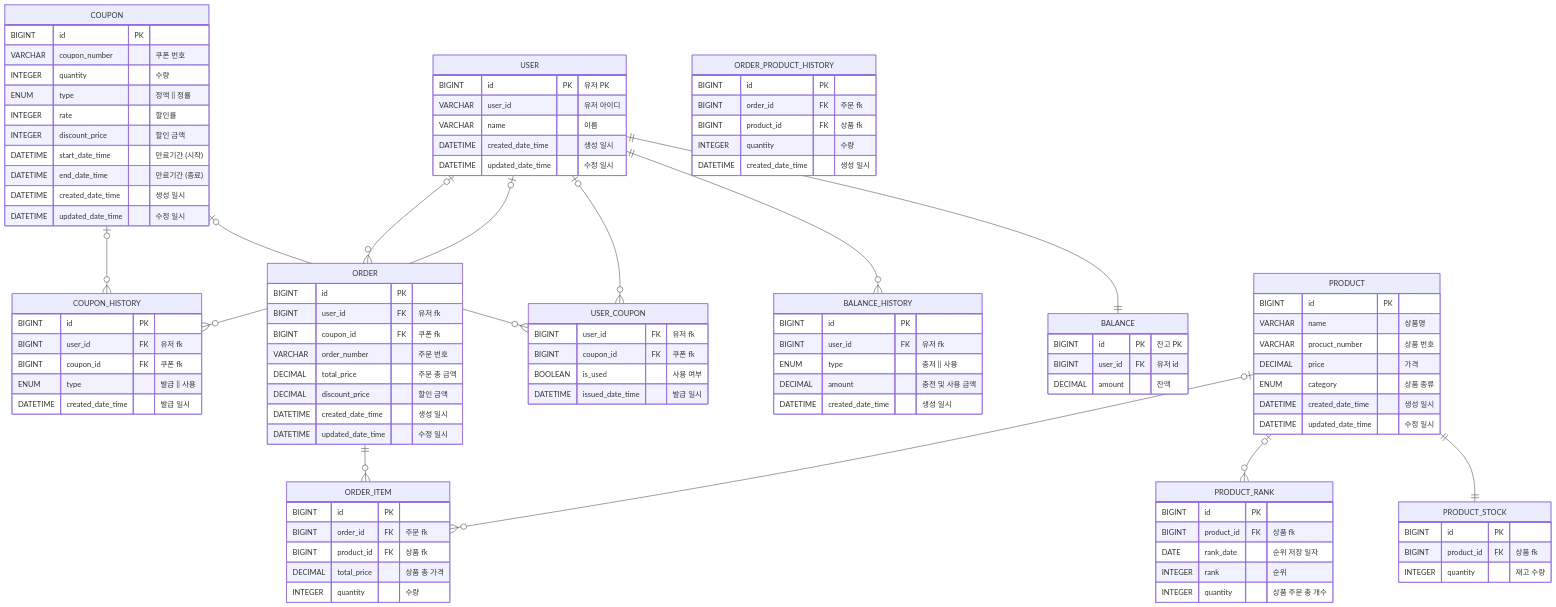
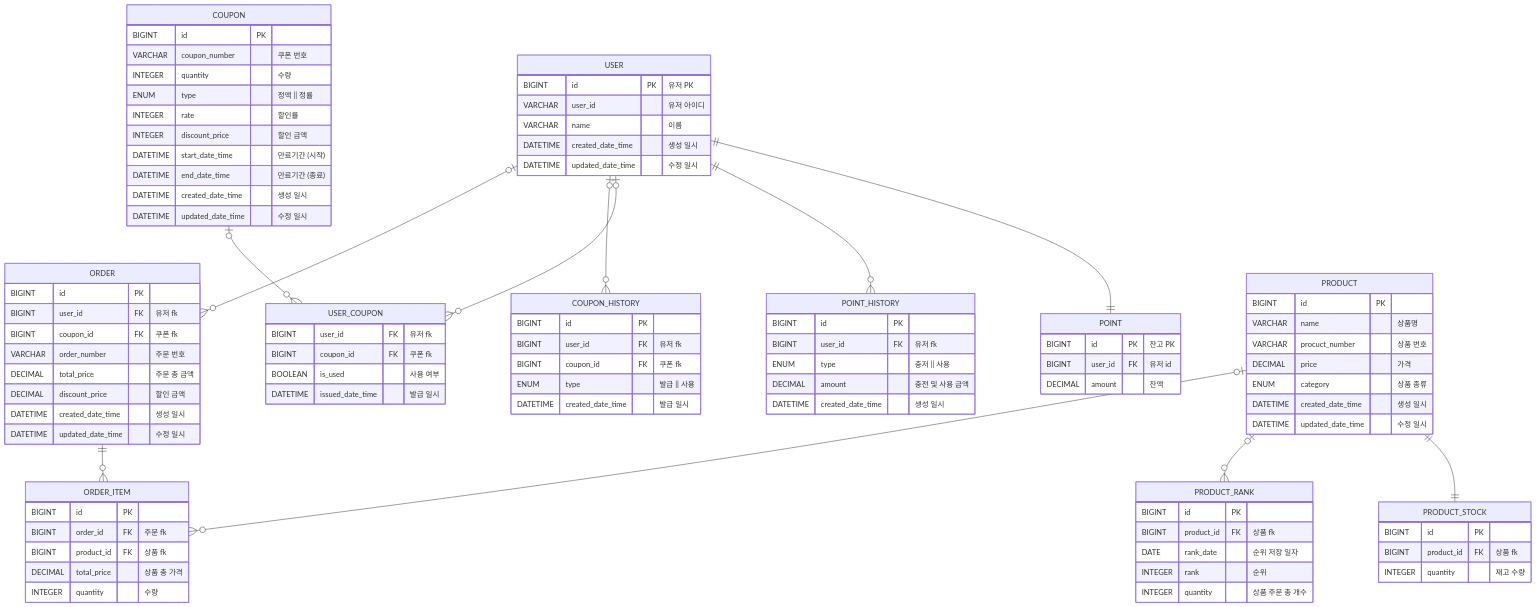
The diagram in 3week/docs/ERD.md (jih3508/hanghea_plus_backend_8th), drawn with Mermaid before and after one commit. The commit also changed other lines of this file and 1 other file, not shown here.

Commit message:
다이어 그램 수정

````diff
--- a/3week/docs/ERD.md
+++ b/3week/docs/ERD.md
@@ -2,13 +2,12 @@
 ```mermaid
 erDiagram
-    USER ||--|| BALANCE: ""
-    USER ||--o{ BALANCE_HISTORY: ""
+    USER ||--|| POINT: ""
+    USER ||--o{ POINT_HISTORY: ""
     USER |o--o{ USER_COUPON: ""
     USER |o--o{ COUPON_HISTORY: ""
     USER |o--o{ ORDER: ""
     
     COUPON |o--o{ USER_COUPON: ""
-    COUPON |o--o{ COUPON_HISTORY: ""
     
     PRODUCT ||--|| PRODUCT_STOCK: ""
     PRODUCT |o--o{ PRODUCT_RANK: ""
@@ -24,13 +23,13 @@
         DATETIME updated_date_time "수정 일시"
     }
 
-    BALANCE {
+    POINT {
         BIGINT id PK "잔고 PK"
         BIGINT user_id FK "유저 id"
         DECIMAL amount "잔액"
     }
 
-    BALANCE_HISTORY{
+    POINT_HISTORY{
         BIGINT id PK 
         BIGINT user_id FK "유저 fk"
         ENUM type "충저 || 사용"
@@ -101,13 +100,6 @@
         INTEGER quantity  "수량"
     }
     
-    ORDER_PRODUCT_HISTORY{
-        BIGINT id PK
-        BIGINT order_id FK "주문 fk"
-        BIGINT product_id FK "상품 fk"
-        INTEGER quantity "수량"
-        DATETIME created_date_time "생성 일시"
-    }
 
     PRODUCT_RANK{
         BIGINT id PK
````
